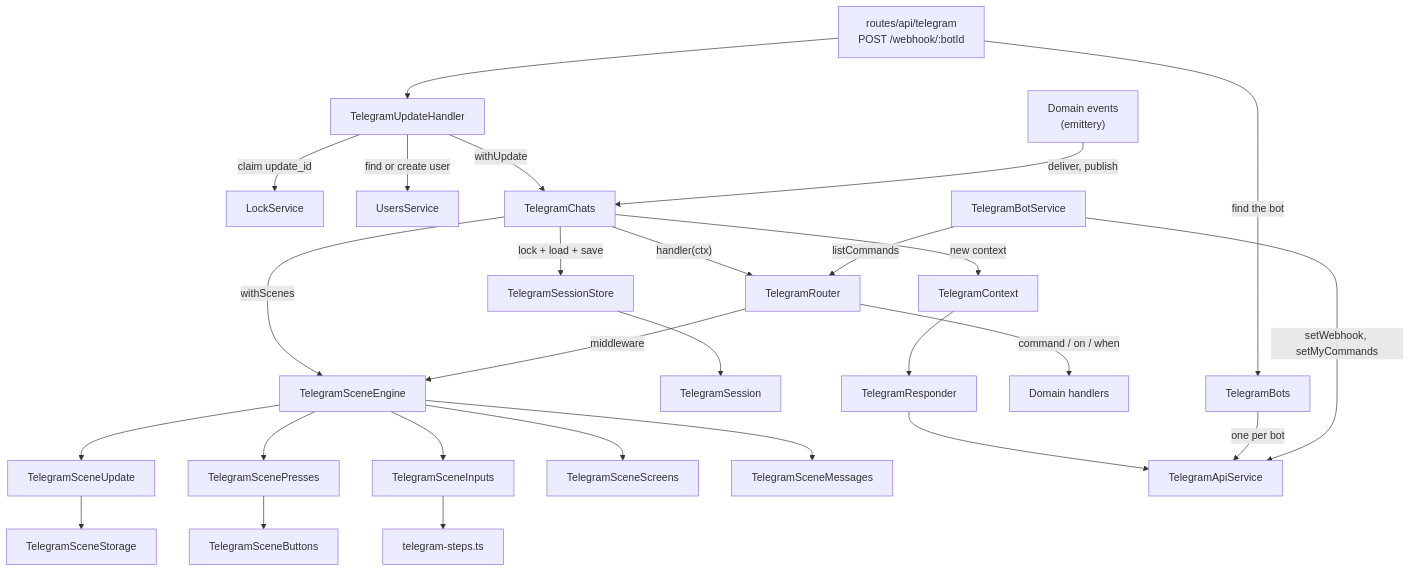
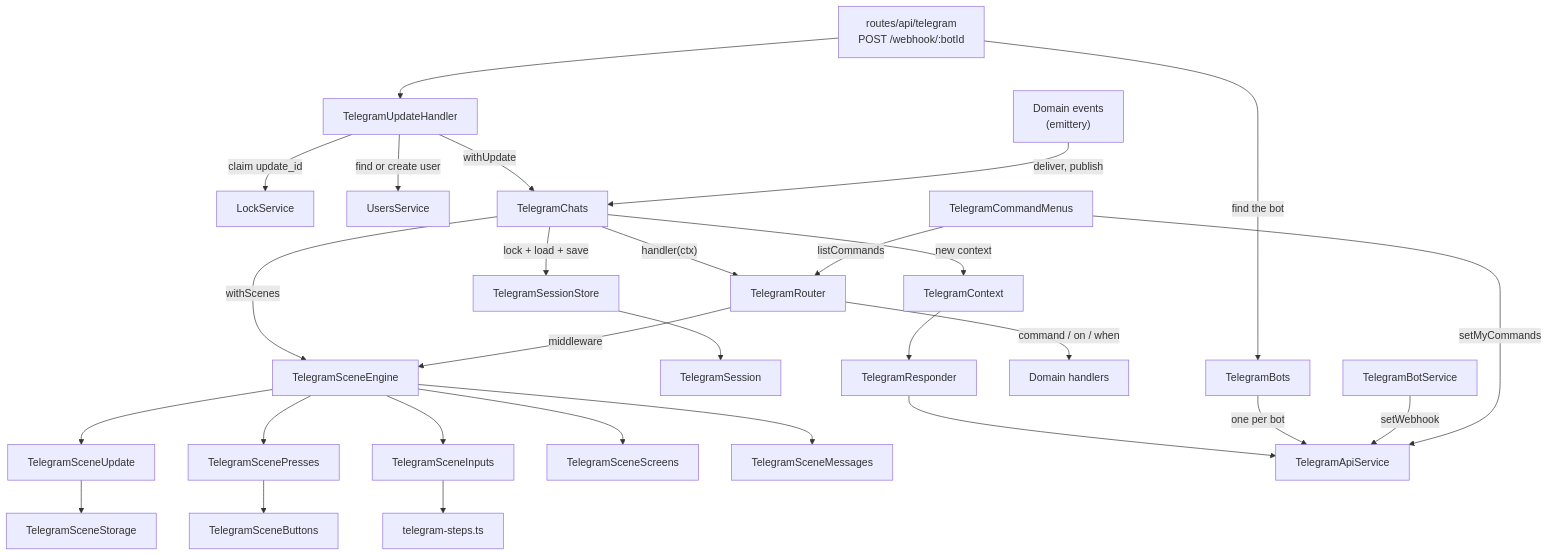
One commit to ayuvlasenko/smart-assistant changed the first of 6 diagrams in apps/server/src/plugins/app/telegram/README.md. Above: the diagram before and after it, drawn with Mermaid. The commit also changed other lines of this file and 19 other files, not shown here.

````diff
--- a/apps/server/src/plugins/app/telegram/README.md
+++ b/apps/server/src/plugins/app/telegram/README.md
@@ -235,35 +235,36 @@
 ```mermaid
 flowchart TD
     route["routes/api/telegram<br/>POST /webhook/:botId"] -->|"find the bot"| bots[TelegramBots]
     route --> handler[TelegramUpdateHandler]
     handler -->|"claim update_id"| lock[LockService]
     handler -->|"find or create user"| users[UsersService]
     handler -->|withUpdate| chats[TelegramChats]
 
     chats -->|"lock + load + save"| sessions[TelegramSessionStore]
     sessions --> session[TelegramSession]
     chats -->|"new context"| ctx[TelegramContext]
     chats -->|withScenes| engine[TelegramSceneEngine]
     chats -->|"handler(ctx)"| router[TelegramRouter]
 
     router -->|"middleware"| engine
     router -->|"command / on / when"| domain["Domain handlers"]
 
     engine --> update[TelegramSceneUpdate]
     update --> storage[TelegramSceneStorage]
     engine --> presses[TelegramScenePresses]
     presses --> buttons[TelegramSceneButtons]
     engine --> inputs[TelegramSceneInputs]
     engine --> screens[TelegramSceneScreens]
     engine --> messages[TelegramSceneMessages]
     inputs --> steps["telegram-steps.ts"]
 
     ctx --> responder[TelegramResponder]
     responder --> api[TelegramApiService]
     bots -->|"one per bot"| api
 
     domainEvents["Domain events<br/>(emittery)"] -->|"deliver, publish"| chats
 
-    bot[TelegramBotService] -->|"setWebhook, setMyCommands"| api
-    bot -->|listCommands| router
+    bot[TelegramBotService] -->|setWebhook| api
+    menus[TelegramCommandMenus] -->|setMyCommands| api
+    menus -->|listCommands| router
 ```
````
